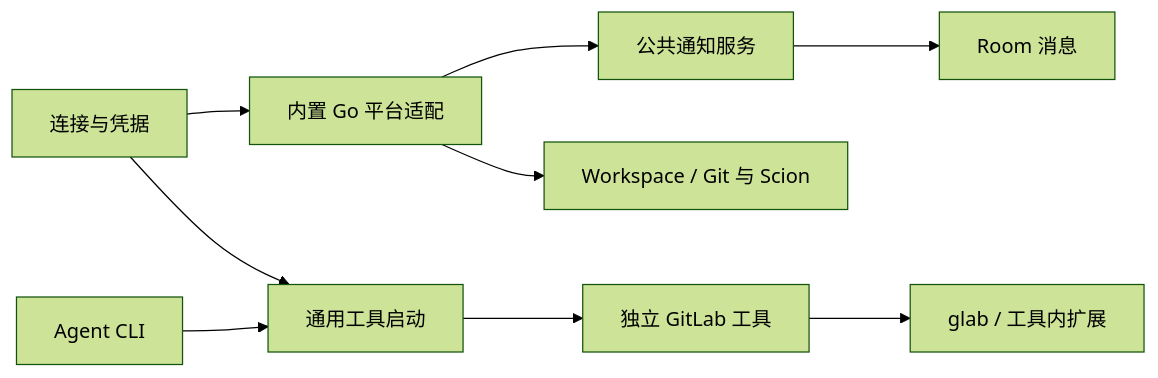
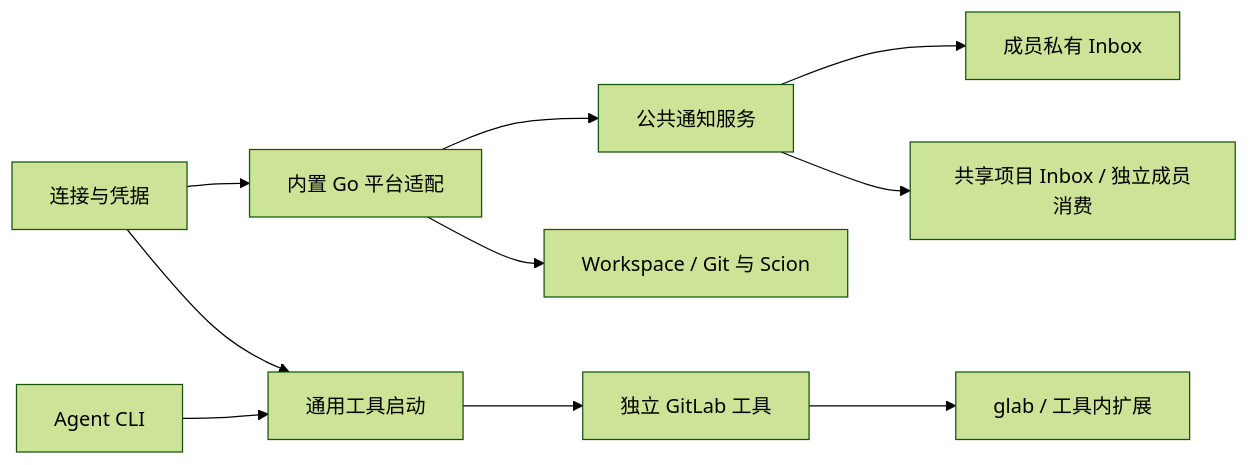
Before and after one commit to go-aie/teamx: the diagram in docs/platform-architecture.zh.md, drawn with Mermaid (forest theme). The commit also changed other lines of this file and 159 other files, not shown here.

````diff
--- a/docs/platform-architecture.zh.md
+++ b/docs/platform-architecture.zh.md
@@ -18,11 +18,12 @@
 ```mermaid
 flowchart LR
   C[连接与凭据] --> P[内置 Go 平台适配]
   P --> N[公共通知服务]
-  N --> R[Room 消息]
+  N --> R[成员私有 Inbox]
+  N --> S[共享项目 Inbox / 独立成员消费]
   P --> W[Workspace / Git 与 Scion]
   C --> T[通用工具启动]
   A[Agent CLI] --> T
   T --> G[独立 GitLab 工具]
   G --> L[glab / 工具内扩展]
 ```
````
